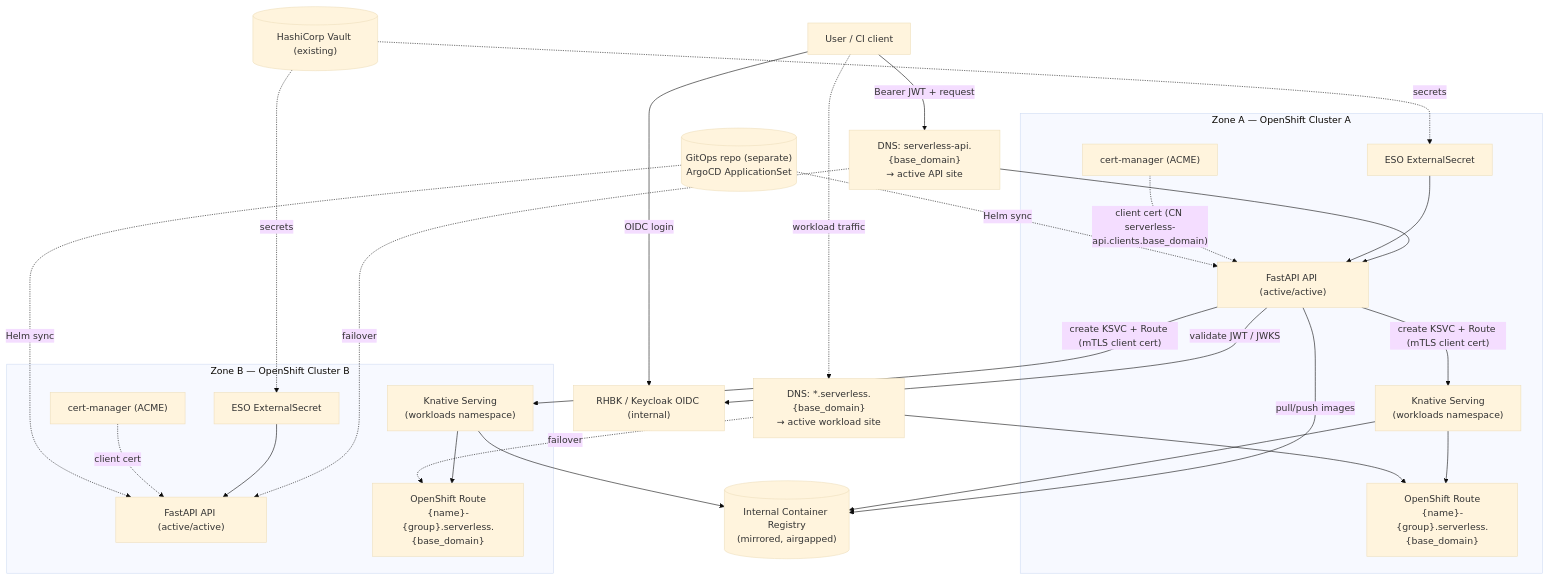
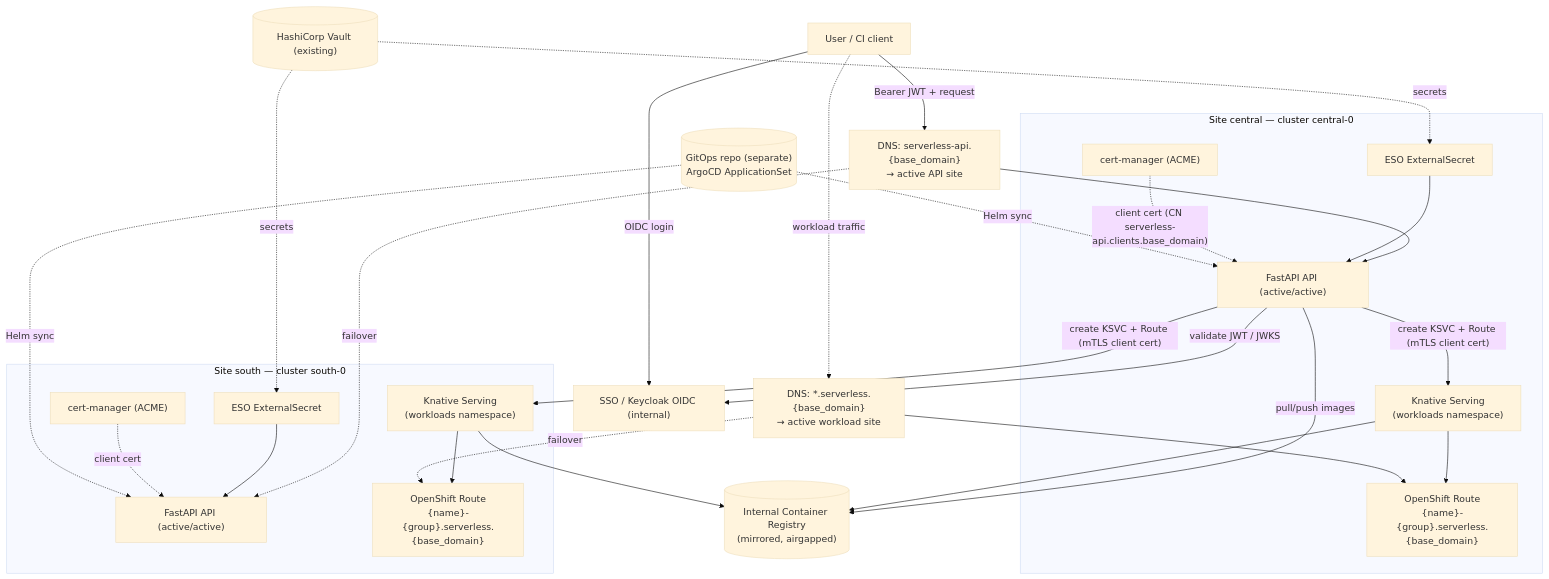
The first of 7 diagrams in docs/ARCHITECTURE.md (black-cloudlet/serverless), drawn with Mermaid (base theme) before and after one commit. The commit also changed other lines of this file and 70 other files, not shown here.

First line of the commit message:
Serverless API: FaaS + CaaS over Knative on OpenShift (#2)

````diff
--- a/docs/ARCHITECTURE.md
+++ b/docs/ARCHITECTURE.md
@@ -107,53 +108,53 @@
 ```mermaid
 flowchart TB
     U["User / CI client"]
     DNSAPI["DNS: serverless-api.{base_domain}<br/>→ active API site"]
     DNSAPP["DNS: *.serverless.{base_domain}<br/>→ active workload site"]
-    KC["RHBK / Keycloak OIDC (internal)"]
+    KC["SSO / Keycloak OIDC (internal)"]
     REG[("Internal Container Registry<br/>(mirrored, airgapped)")]
     V[("HashiCorp Vault (existing)")]
     GIT[("GitOps repo (separate)<br/>ArgoCD ApplicationSet")]
 
-    subgraph ZA["Zone A — OpenShift Cluster A"]
+    subgraph ZA["Site central — cluster central-0"]
         APIA["FastAPI API (active/active)"]
         KNA["Knative Serving<br/>(workloads namespace)"]
         RTA["OpenShift Route<br/>{name}-{group}.serverless.{base_domain}"]
         ESOA["ESO ExternalSecret"]
         CMA["cert-manager (ACME)"]
         KNA --> RTA
     end
 
-    subgraph ZB["Zone B — OpenShift Cluster B"]
+    subgraph ZB["Site south — cluster south-0"]
         APIB["FastAPI API (active/active)"]
         KNB["Knative Serving<br/>(workloads namespace)"]
         RTB["OpenShift Route<br/>{name}-{group}.serverless.{base_domain}"]
         ESOB["ESO ExternalSecret"]
         CMB["cert-manager (ACME)"]
         KNB --> RTB
     end
 
     U -->|OIDC login| KC
     U -->|Bearer JWT + request| DNSAPI
     DNSAPI --> APIA
     DNSAPI -. failover .-> APIB
 
     APIA -->|"validate JWT / JWKS"| KC
     APIA -->|"create KSVC + Route (mTLS client cert)"| KNA
     APIA -->|"create KSVC + Route (mTLS client cert)"| KNB
     APIA -->|"pull/push images"| REG
     KNA --> REG
     KNB --> REG
 
     V -. secrets .-> ESOA
     ESOA --> APIA
     V -. secrets .-> ESOB
     ESOB --> APIB
     CMA -. "client cert (CN serverless-api.clients.base_domain)" .-> APIA
     CMB -. "client cert" .-> APIB
     GIT -. "Helm sync" .-> APIA
     GIT -. "Helm sync" .-> APIB
 
     U -.->|"workload traffic"| DNSAPP
     DNSAPP --> RTA
     DNSAPP -. failover .-> RTB
 ```
````
